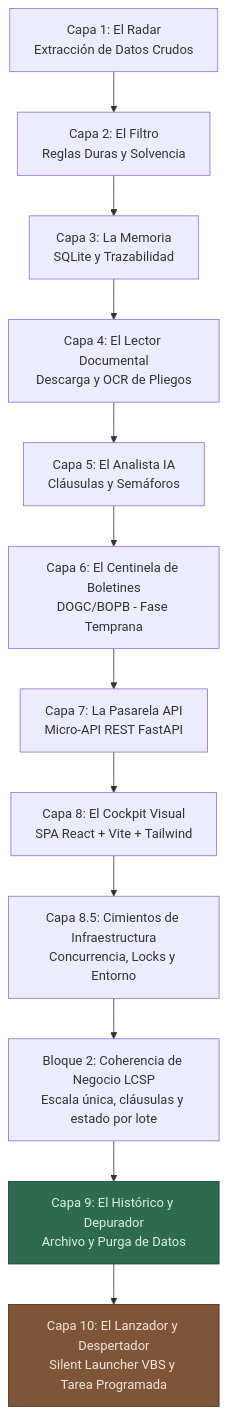
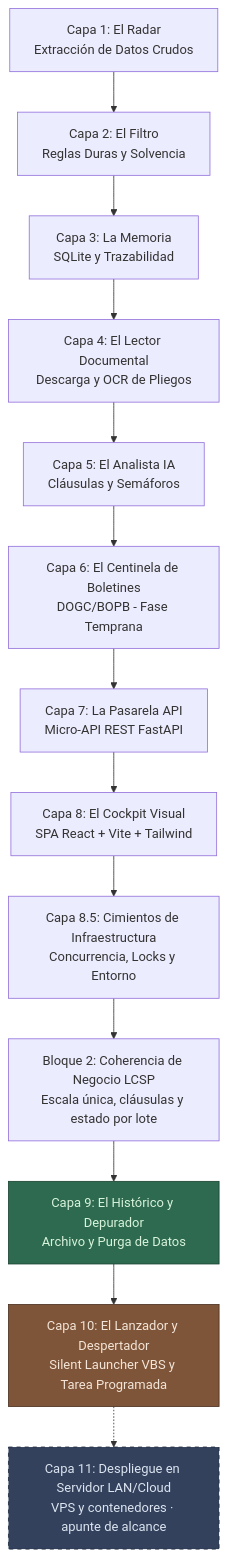
One commit to DonBorgiFR/licit-accion changed the first of 5 diagrams in README.md. Above: the diagram before and after it, drawn with Mermaid. The commit also changed other lines of this file and 1 other file, not shown here.

````diff
--- a/README.md
+++ b/README.md
@@ -220,17 +223,19 @@
 ```mermaid
 graph TD
     C1[Capa 1: El Radar<br/>Extracción de Datos Crudos] --> C2[Capa 2: El Filtro<br/>Reglas Duras y Solvencia]
     C2 --> C3[Capa 3: La Memoria<br/>SQLite y Trazabilidad]
     C3 --> C4[Capa 4: El Lector Documental<br/>Descarga y OCR de Pliegos]
     C4 --> C5[Capa 5: El Analista IA<br/>Cláusulas y Semáforos]
     C5 --> C6[Capa 6: El Centinela de Boletines<br/>DOGC/BOPB - Fase Temprana]
     C6 --> C7[Capa 7: La Pasarela API<br/>Micro-API REST FastAPI]
     C7 --> C8[Capa 8: El Cockpit Visual<br/>SPA React + Vite + Tailwind]
     C8 --> C85[Capa 8.5: Cimientos de Infraestructura<br/>Concurrencia, Locks y Entorno]
     C85 --> B2[Bloque 2: Coherencia de Negocio LCSP<br/>Escala única, cláusulas y estado por lote]
     B2 --> C9[Capa 9: El Histórico y Depurador<br/>Archivo y Purga de Datos]
     C9 --> C10[Capa 10: El Lanzador y Despertador<br/>Silent Launcher VBS y Tarea Programada]
+    C10 -.-> C11[Capa 11: Despliegue en Servidor LAN/Cloud<br/>VPS y contenedores · apunte de alcance]
 
     style C9 fill:#2d6a4f,stroke:#1b4332,color:#d8f3dc
     style C10 fill:#7f5539,stroke:#4a2f1f,color:#f3e5d8
+    style C11 fill:#33415c,stroke:#1b263b,color:#dbe4f0,stroke-dasharray: 5 5
 ```
````
